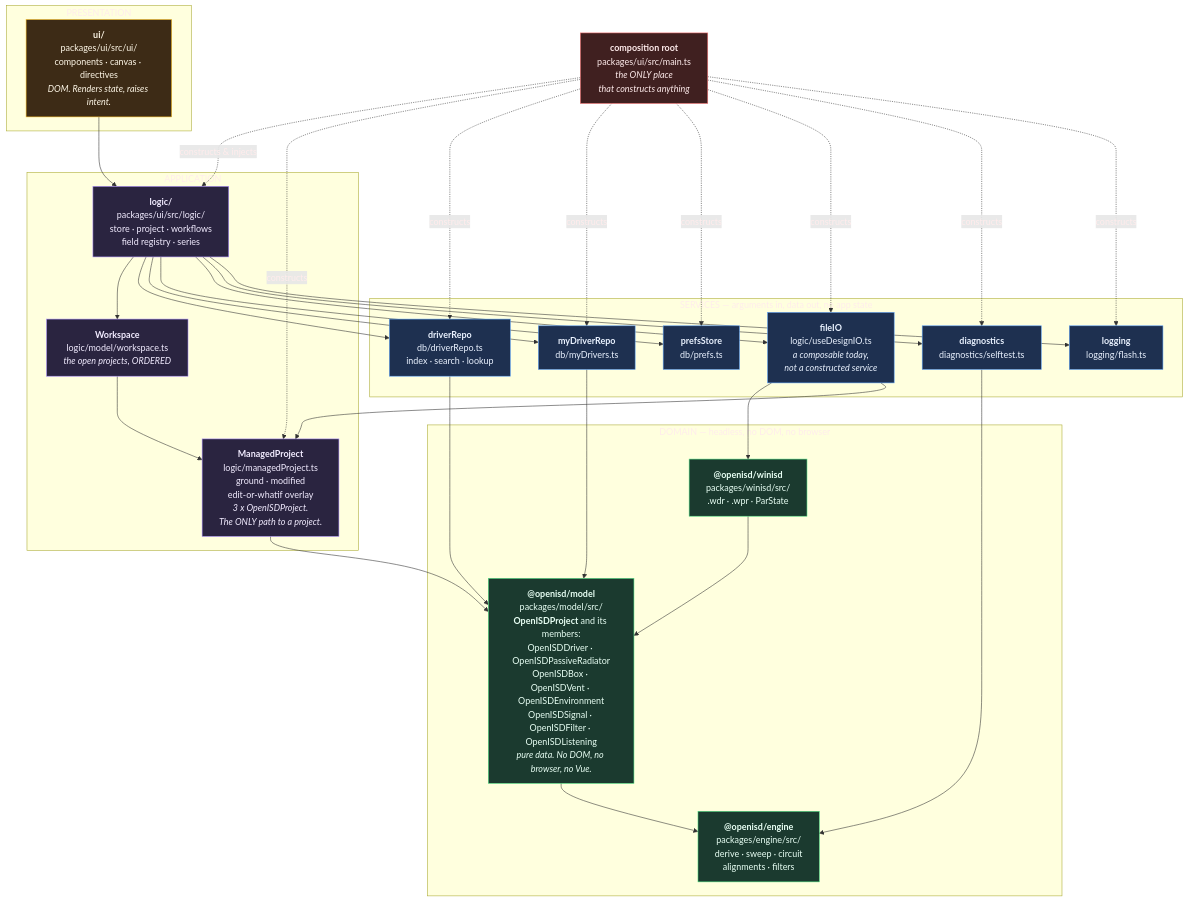
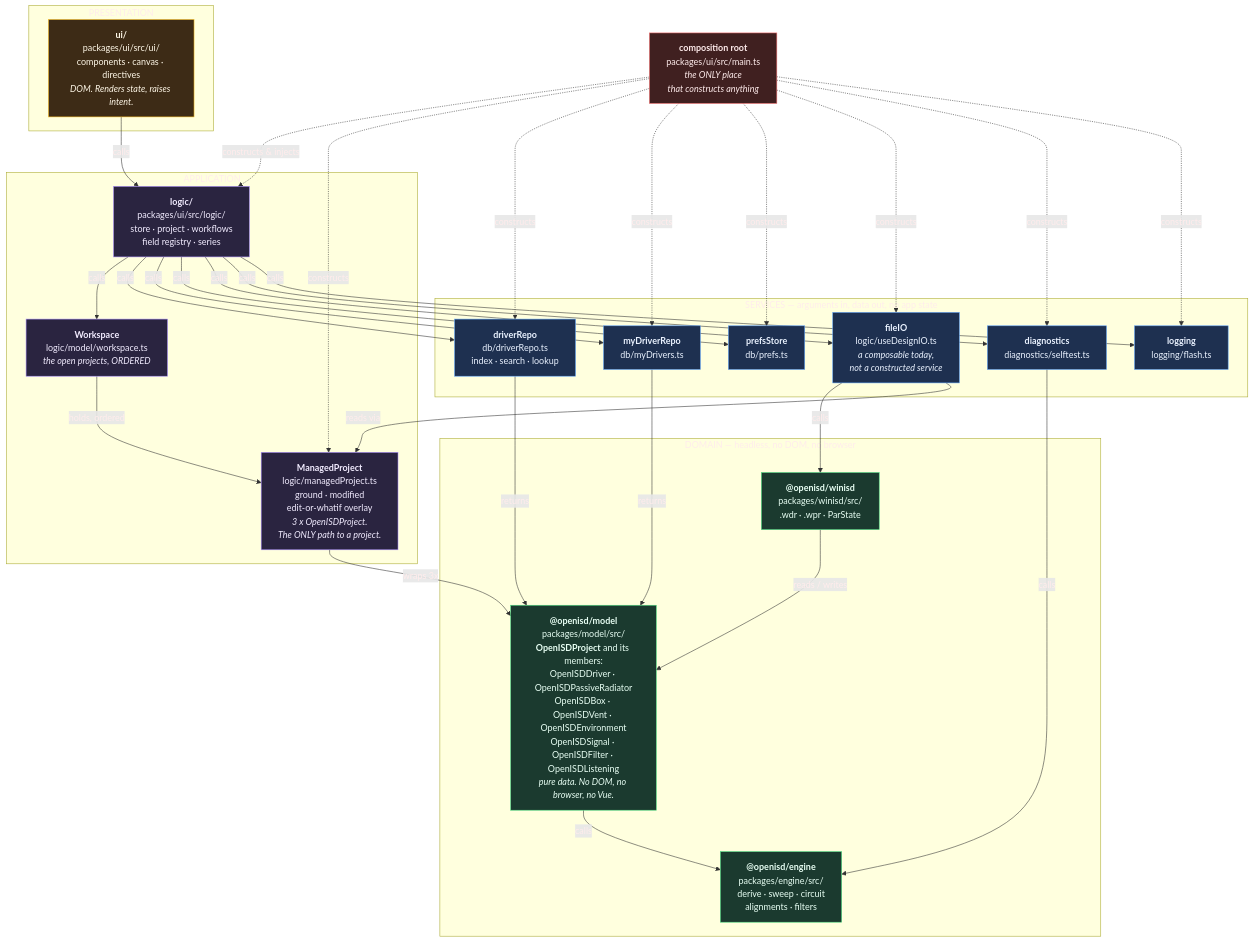
One commit to Johnlon/openisd changed the second of 5 diagrams in ARCHITECTURE.md. Above: the diagram before and after it, drawn with Mermaid. The commit also changed other lines of this file, not shown here.

First line of the commit message:
Label every arrow in all three diagrams

````diff
--- a/ARCHITECTURE.md
+++ b/ARCHITECTURE.md
@@ -110,67 +110,67 @@
 ```mermaid
 graph TD
     subgraph L1["PRESENTATION"]
         UI["<b>ui/</b><br/>packages/ui/src/ui/<br/>components · canvas · directives<br/><i>DOM. Renders state, raises intent.</i>"]
     end
 
     subgraph L2["APPLICATION"]
         LOGIC["<b>logic/</b><br/>packages/ui/src/logic/<br/>store · project · workflows<br/>field registry · series"]
         WSPACE["<b>Workspace</b><br/>logic/model/workspace.ts<br/><i>the open projects, ORDERED</i>"]
         MANAGED["<b>ManagedProject</b><br/>logic/managedProject.ts<br/>ground · modified<br/>edit-or-whatif overlay<br/><i>3 x OpenISDProject.<br/>The ONLY path to a project.</i>"]
     end
 
     subgraph L3["SERVICES — arguments in, data out, no app state"]
         DRIVERREPO["<b>driverRepo</b><br/>db/driverRepo.ts<br/>index · search · lookup"]
         MYREPO["<b>myDriverRepo</b><br/>db/myDrivers.ts"]
         PREFS["<b>prefsStore</b><br/>db/prefs.ts"]
         FILEIO["<b>fileIO</b><br/>logic/useDesignIO.ts<br/><i>a composable today,<br/>not a constructed service</i>"]
         DIAG["<b>diagnostics</b><br/>diagnostics/selftest.ts"]
         LOGGING["<b>logging</b><br/>logging/flash.ts"]
     end
 
     subgraph L4["DOMAIN — headless, no DOM, no browser"]
         MODEL["<b>@openisd/model</b><br/>packages/model/src/<br/><b>OpenISDProject</b> and its members:<br/>OpenISDDriver · OpenISDPassiveRadiator<br/>OpenISDBox · OpenISDVent · OpenISDEnvironment<br/>OpenISDSignal · OpenISDFilter · OpenISDListening<br/><i>pure data. No DOM, no browser, no Vue.</i>"]
         ENGINE["<b>@openisd/engine</b><br/>packages/engine/src/<br/>derive · sweep · circuit<br/>alignments · filters"]
         SERIAL["<b>@openisd/winisd</b><br/>packages/winisd/src/<br/>.wdr · .wpr · ParState"]
     end
 
     ROOT["<b>composition root</b><br/>packages/ui/src/main.ts<br/><i>the ONLY place<br/>that constructs anything</i>"]
 
     ROOT -.constructs & injects.-> LOGIC
     ROOT -.constructs.-> MANAGED
     ROOT -.constructs.-> DRIVERREPO
     ROOT -.constructs.-> MYREPO
     ROOT -.constructs.-> PREFS
     ROOT -.constructs.-> FILEIO
     ROOT -.constructs.-> DIAG
     ROOT -.constructs.-> LOGGING
 
-    UI --> LOGIC
-    LOGIC --> WSPACE
-    WSPACE --> MANAGED
-    LOGIC --> DRIVERREPO
-    LOGIC --> MYREPO
-    LOGIC --> PREFS
-    LOGIC --> FILEIO
-    LOGIC --> DIAG
-    LOGIC --> LOGGING
-    MANAGED --> MODEL
-    DRIVERREPO --> MODEL
-    MYREPO --> MODEL
-    FILEIO --> SERIAL
-    FILEIO --> MANAGED
-    DIAG --> ENGINE
-    MODEL --> ENGINE
-    SERIAL --> MODEL
+    UI -->|calls| LOGIC
+    LOGIC -->|calls| WSPACE
+    WSPACE -->|"holds, ordered"| MANAGED
+    LOGIC -->|calls| DRIVERREPO
+    LOGIC -->|calls| MYREPO
+    LOGIC -->|calls| PREFS
+    LOGIC -->|calls| FILEIO
+    LOGIC -->|calls| DIAG
+    LOGIC -->|calls| LOGGING
+    MANAGED -->|"wraps 3x"| MODEL
+    DRIVERREPO -->|returns| MODEL
+    MYREPO -->|returns| MODEL
+    FILEIO -->|calls| SERIAL
+    FILEIO -->|"reads via"| MANAGED
+    DIAG -->|calls| ENGINE
+    MODEL -->|calls| ENGINE
+    SERIAL -->|"reads / writes"| MODEL
 
     classDef pres fill:#3d2b16,stroke:#fbbf24,color:#fff8e8
     classDef app fill:#2a2440,stroke:#a78bfa,color:#f2ecff
     classDef svc fill:#1e3050,stroke:#60a5fa,color:#eaf2ff
     classDef dom fill:#1b3a2f,stroke:#4ade80,color:#e8fff4
     classDef root fill:#402020,stroke:#f87171,color:#ffecec
     class UI pres
     class LOGIC,WSPACE,MANAGED app
     class DRIVERREPO,MYREPO,PREFS,FILEIO,DIAG,LOGGING svc
     class MODEL,ENGINE,SERIAL dom
     class ROOT root
 ```
````
